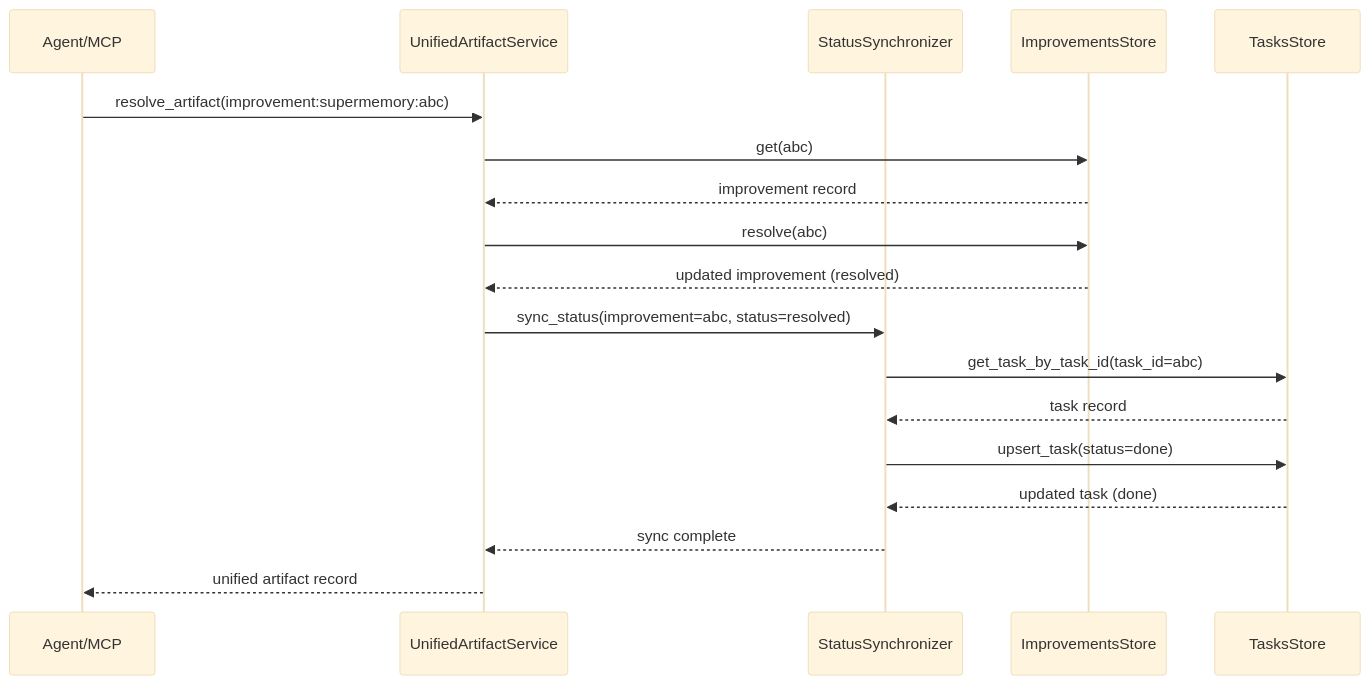
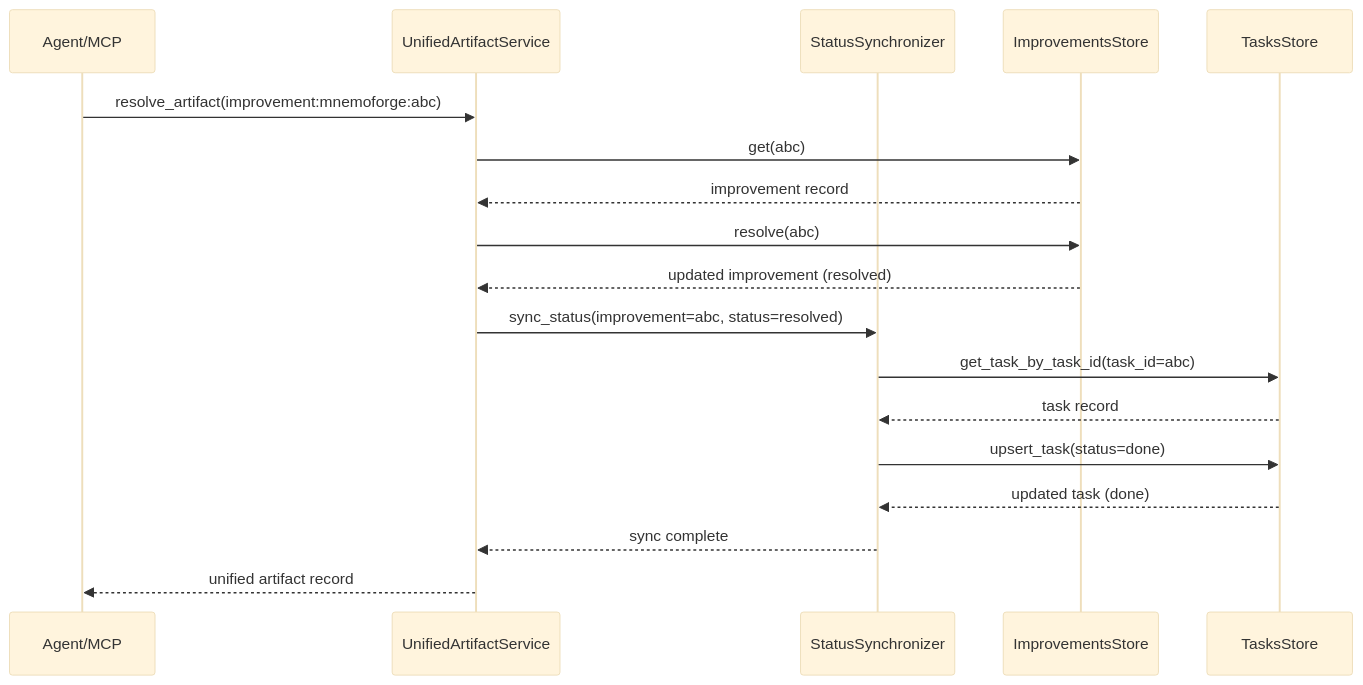
One commit to Utundry/mnemoforge changed the third of 3 diagrams in plans/unified_improvements_tasks_access.md. Above: the diagram before and after it, drawn with Mermaid (base theme). The commit also changed other lines of this file and 52 other files, not shown here.

````diff
--- a/plans/unified_improvements_tasks_access.md
+++ b/plans/unified_improvements_tasks_access.md
@@ -293,21 +293,21 @@
 ```mermaid
 sequenceDiagram
     participant Agent as Agent/MCP
     participant UAS as UnifiedArtifactService
     participant SS as StatusSynchronizer
     participant IS as ImprovementsStore
     participant TS as TasksStore
 
-    Agent->>UAS: resolve_artifact(improvement:supermemory:abc)
+    Agent->>UAS: resolve_artifact(improvement:mnemoforge:abc)
     UAS->>IS: get(abc)
     IS-->>UAS: improvement record
     UAS->>IS: resolve(abc)
     IS-->>UAS: updated improvement (resolved)
     UAS->>SS: sync_status(improvement=abc, status=resolved)
     SS->>TS: get_task_by_task_id(task_id=abc)
     TS-->>SS: task record
     SS->>TS: upsert_task(status=done)
     TS-->>SS: updated task (done)
     SS-->>UAS: sync complete
     UAS-->>Agent: unified artifact record
 ```
````
